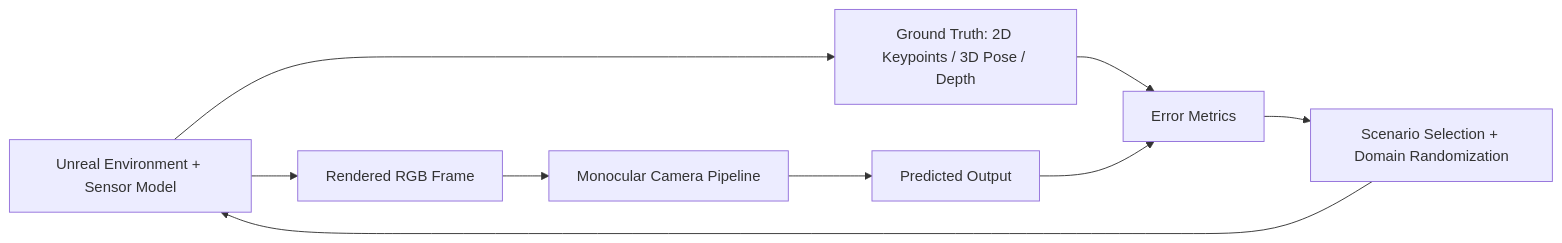
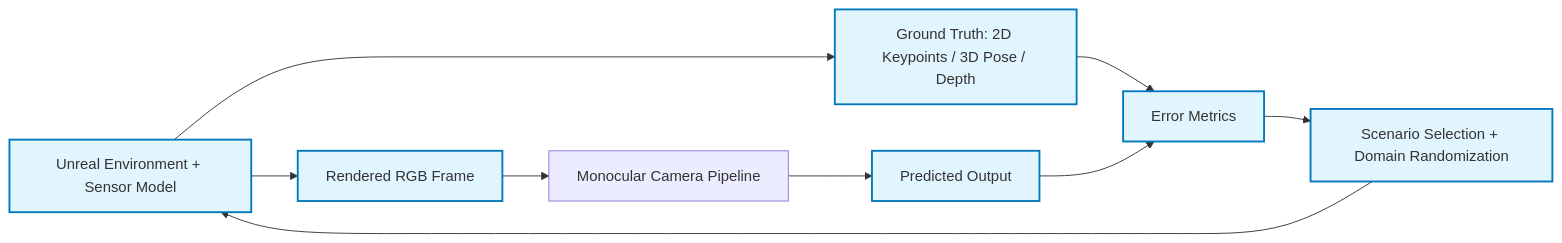
Before and after one commit to Cyclone-Robosub/sys-arch-2026: the second of 3 diagrams in Vision/Grand_Plan.md, drawn with Mermaid.

Commit message:
Tried changing fill color of nodes

````diff
--- a/Vision/Grand_Plan.md
+++ b/Vision/Grand_Plan.md
@@ -105,12 +105,12 @@
 ```mermaid
 graph LR
-    U[Unreal Environment + Sensor Model] --> R[Rendered RGB Frame]
-    U --> GT[Ground Truth: 2D Keypoints / 3D Pose / Depth]
+    classDef distinct fill:#e1f5fe,stroke:#0277bd,stroke-width:2px;
+    U[Unreal Environment + Sensor Model]:::distinct --> R[Rendered RGB Frame]:::distinct
+    U --> GT[Ground Truth: 2D Keypoints / 3D Pose / Depth]:::distinct
     R --> P[Monocular Camera Pipeline]
-    P --> O[Predicted Output]
-    GT --> E[Error Metrics]
+    P --> O[Predicted Output]:::distinct
+    GT --> E[Error Metrics]:::distinct
     O --> E
-    E --> S[Scenario Selection + Domain Randomization]
+    E --> S[Scenario Selection + Domain Randomization]:::distinct
     S --> U
-
 ```
````
